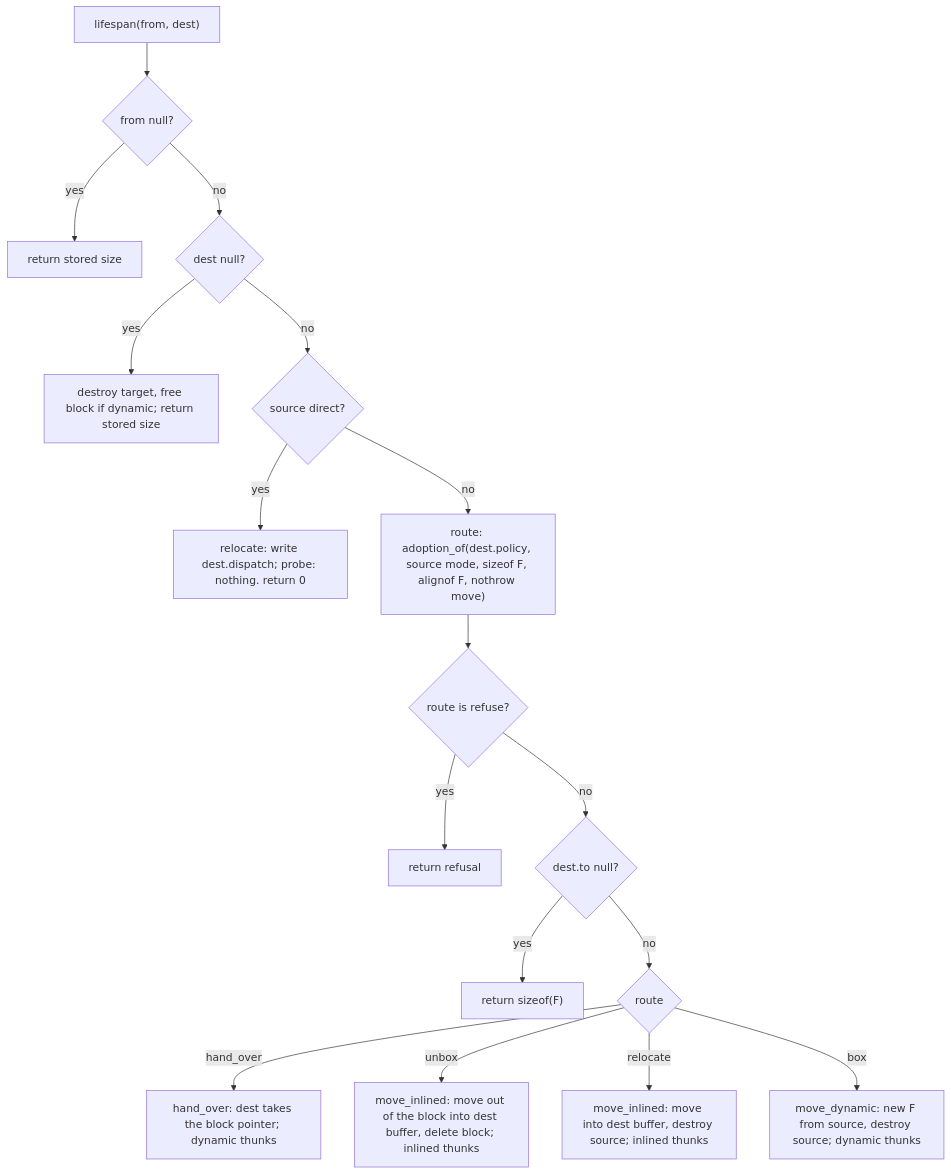
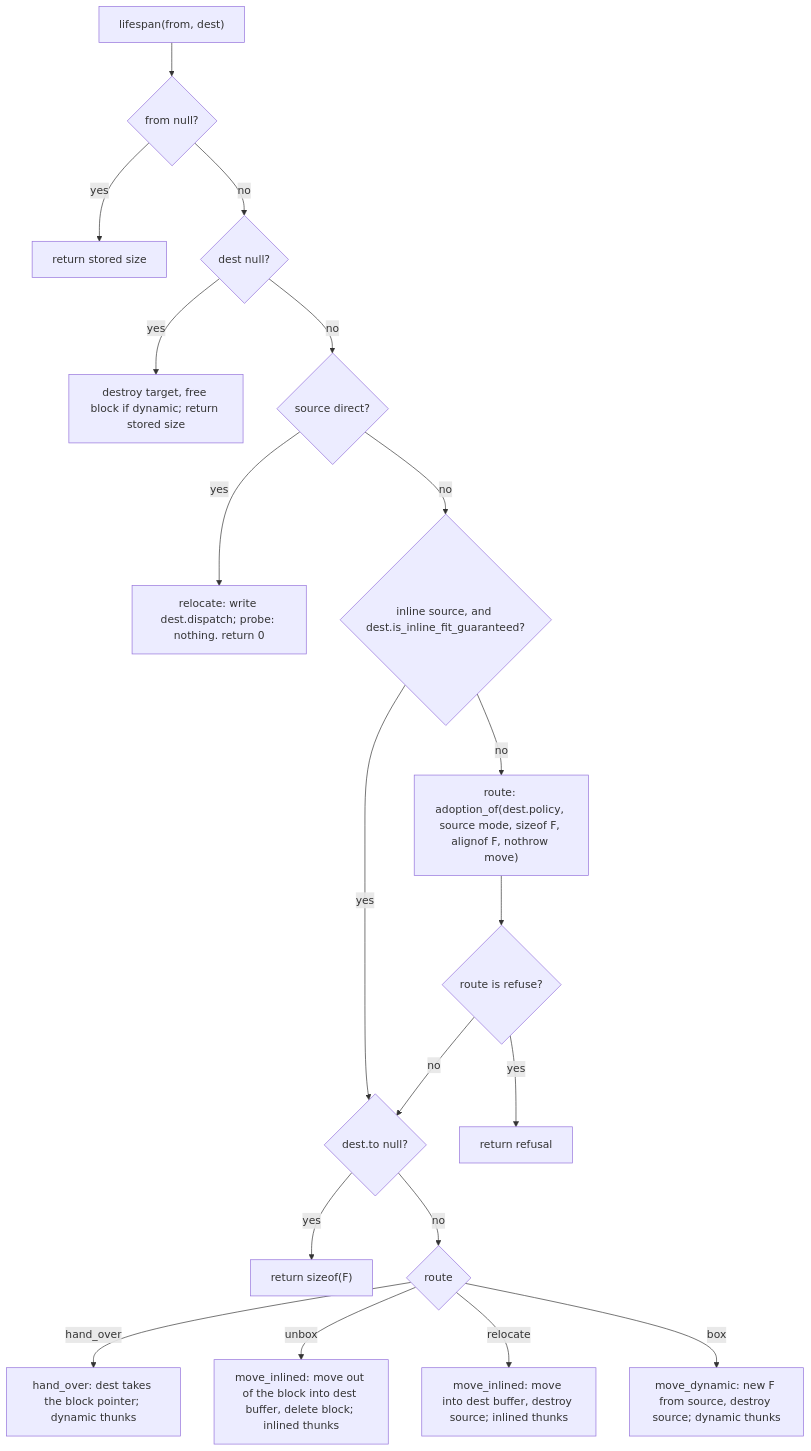
Before and after one commit to stevensudit/Corvid: the third of 3 diagrams in corvid/meta/invoke/flexi_function.md, drawn with Mermaid. The commit also changed other lines of this file and 5 other files, not shown here.

````diff
--- a/corvid/meta/invoke/flexi_function.md
+++ b/corvid/meta/invoke/flexi_function.md
@@ -360,19 +363,21 @@
 ```mermaid
 flowchart TD
     start["lifespan(from, dest)"] --> f{from null?}
     f -->|yes| size["return stored size"]
     f -->|no| d{dest null?}
     d -->|yes| destroy["destroy target, free block if dynamic; return stored size"]
     d -->|no| dir{source direct?}
     dir -->|yes| pair["relocate: write dest.dispatch; probe: nothing. return 0"]
-    dir -->|no| fit["route: adoption_of(dest.policy, source mode, sizeof F, alignof F, nothrow move)"]
+    dir -->|no| guar{"inline source, and dest.is_inline_fit_guaranteed?"}
+    guar -->|yes| probe
+    guar -->|no| fit["route: adoption_of(dest.policy, source mode, sizeof F, alignof F, nothrow move)"]
     fit --> ref{route is refuse?}
     ref -->|yes| r["return refusal"]
     ref -->|no| probe{dest.to null?}
     probe -->|yes| ok["return sizeof(F)"]
     probe -->|no| src{route}
     src -->|hand_over| hand["hand_over: dest takes the block pointer; dynamic thunks"]
     src -->|unbox| unbox["move_inlined: move out of the block into dest buffer, delete block; inlined thunks"]
     src -->|relocate| stay["move_inlined: move into dest buffer, destroy source; inlined thunks"]
     src -->|box| box["move_dynamic: new F from source, destroy source; dynamic thunks"]
 ```
````
